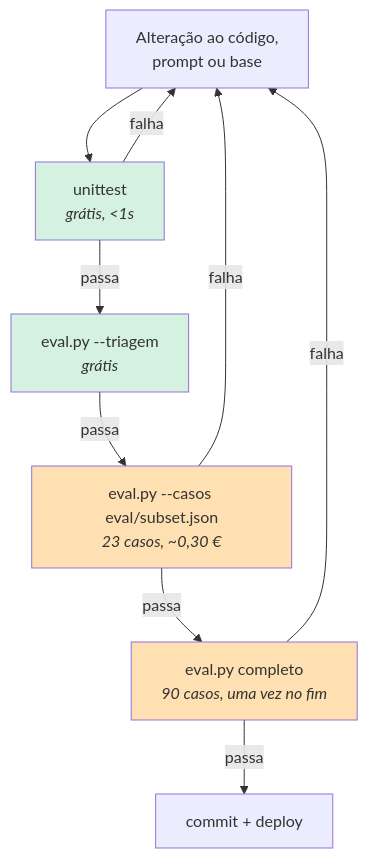
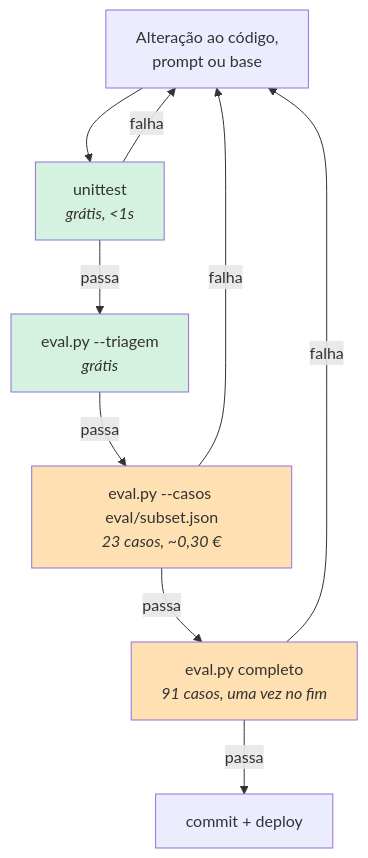
The third of 3 diagrams in docs/05-reliability/qa.md (joaocarvalhini/Outlook-Reply-Assistant), drawn with Mermaid before and after one commit. The commit also changed other lines of this file and 8 other files, not shown here.

````diff
--- a/docs/05-reliability/qa.md
+++ b/docs/05-reliability/qa.md
@@ -153,16 +153,16 @@
 ```mermaid
 flowchart TD
     A["Alteração ao código,<br/>prompt ou base"] --> B["unittest<br/><i>grátis, &lt;1s</i>"]
     B -->|passa| C["eval.py --triagem<br/><i>grátis</i>"]
     B -->|falha| A
     C -->|passa| D["eval.py --casos eval/subset.json<br/><i>23 casos, ~0,30 €</i>"]
-    D -->|passa| E["eval.py completo<br/><i>90 casos, uma vez no fim</i>"]
+    D -->|passa| E["eval.py completo<br/><i>91 casos, uma vez no fim</i>"]
     D -->|falha| A
     E -->|passa| F["commit + deploy"]
     E -->|falha| A
 
     style B fill:#d5f2e0
     style C fill:#d5f2e0
     style D fill:#ffe0b2
     style E fill:#ffe0b2
 ```
````
